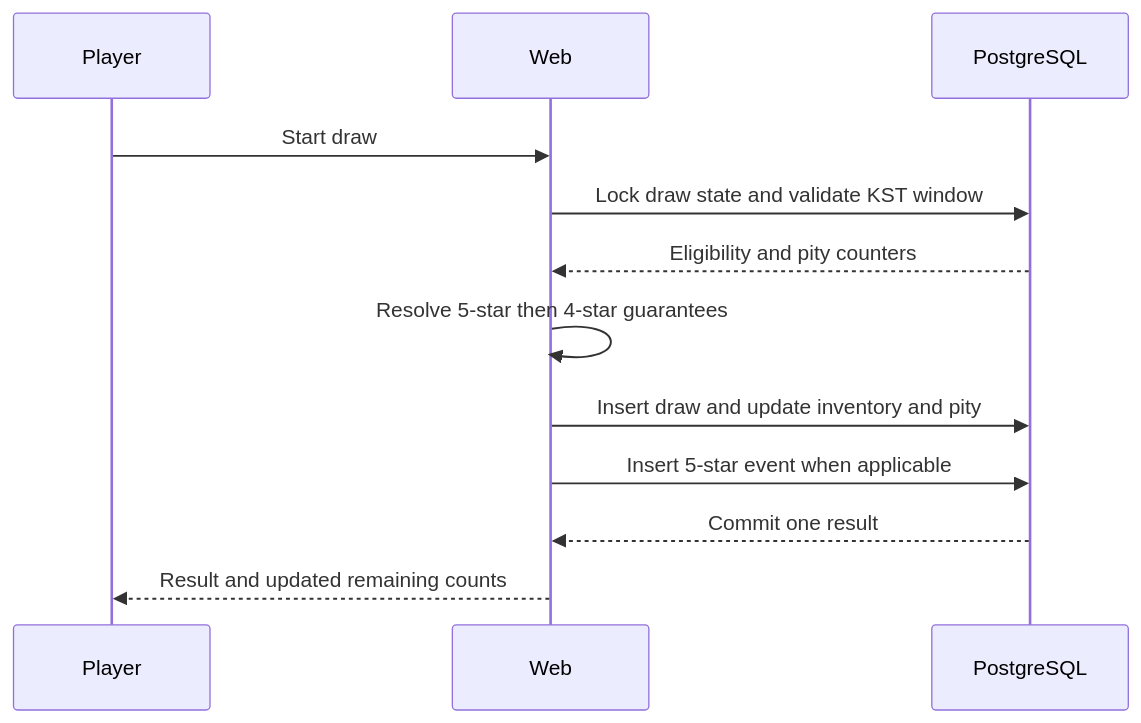
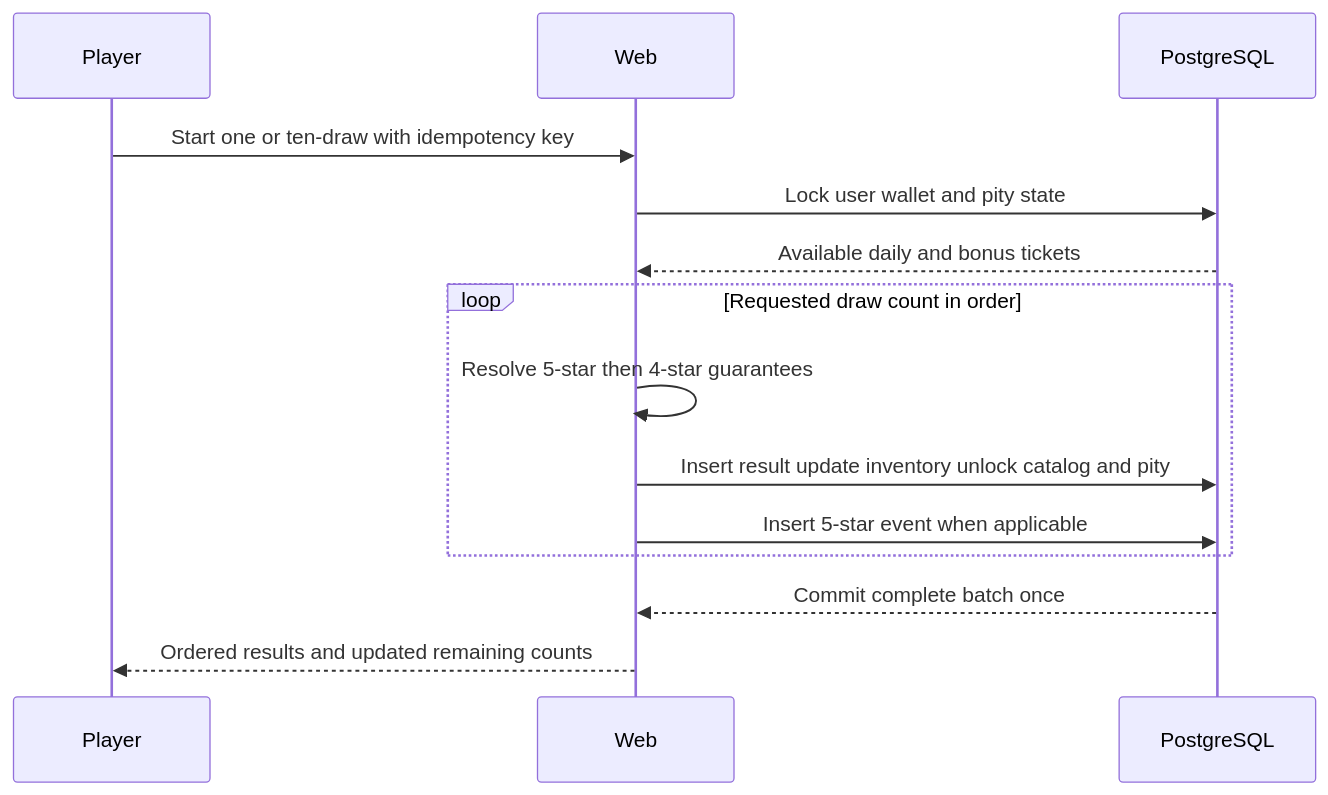
The fifth of 6 diagrams in docs/plans/2026-08-22-001-feat-bandi-card-site-plan.md (csb1004/Firefly), drawn with Mermaid before and after one commit. The commit also changed other lines of this file and 23 other files, not shown here.

````diff
--- a/docs/plans/2026-08-22-001-feat-bandi-card-site-plan.md
+++ b/docs/plans/2026-08-22-001-feat-bandi-card-site-plan.md
@@ -122,15 +166,17 @@
 ```mermaid
 sequenceDiagram
   participant P as Player
   participant W as Web
   participant D as PostgreSQL
 
-  P->>W: Start draw
-  W->>D: Lock draw state and validate KST window
-  D-->>W: Eligibility and pity counters
-  W->>W: Resolve 5-star then 4-star guarantees
-  W->>D: Insert draw and update inventory and pity
-  W->>D: Insert 5-star event when applicable
-  D-->>W: Commit one result
-  W-->>P: Result and updated remaining counts
+  P->>W: Start one or ten-draw with idempotency key
+  W->>D: Lock user wallet and pity state
+  D-->>W: Available daily and bonus tickets
+  loop Requested draw count in order
+    W->>W: Resolve 5-star then 4-star guarantees
+    W->>D: Insert result update inventory unlock catalog and pity
+    W->>D: Insert 5-star event when applicable
+  end
+  D-->>W: Commit complete batch once
+  W-->>P: Ordered results and updated remaining counts
 ```
````
